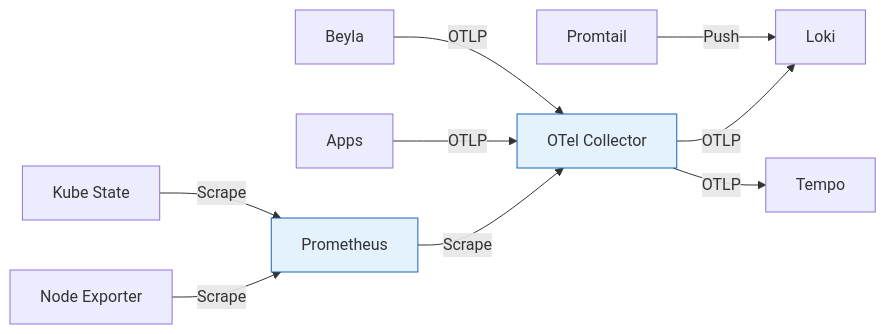
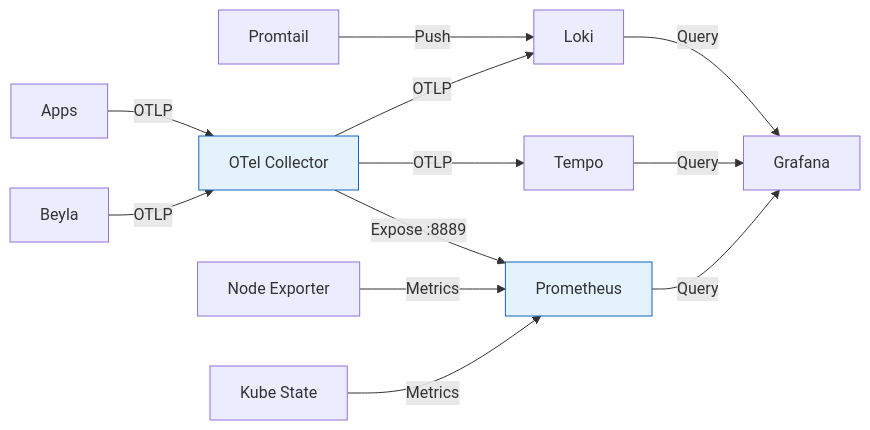
Before and after one commit to AobaIwaki123/k8s-cluster: the first of 4 diagrams in observability/ABSTRACT.md, drawn with Mermaid.

Commit message:
fix: PrometheusとOtelの関係性が明確になるように修正, Grafanaを追加

````diff
--- a/observability/ABSTRACT.md
+++ b/observability/ABSTRACT.md
@@ -7,20 +7,24 @@
 ```mermaid
 graph LR
     BEYLA[Beyla]
     APP[Apps]
     PROMTAIL[Promtail]
     
     BEYLA -->|OTLP| OTEL[OTel Collector]
     APP -->|OTLP| OTEL
     PROMTAIL -->|Push| LOKI[Loki]
     
-    PROM[Prometheus] -->|Scrape| OTEL
+    OTEL -->|Expose :8889| PROM[Prometheus]
     OTEL -->|OTLP| TEMPO[Tempo]
     OTEL -->|OTLP| LOKI
     
-    NODE[Node Exporter] -->|Scrape| PROM
-    KUBE[Kube State] -->|Scrape| PROM
+    NODE[Node Exporter] -->|Metrics| PROM
+    KUBE[Kube State] -->|Metrics| PROM
+    
+    PROM -->|Query| GRAFANA[Grafana]
+    LOKI -->|Query| GRAFANA
+    TEMPO -->|Query| GRAFANA
     
     classDef current fill:#e3f2fd,stroke:#1565c0
     class OTEL,PROM current
 ```
````
